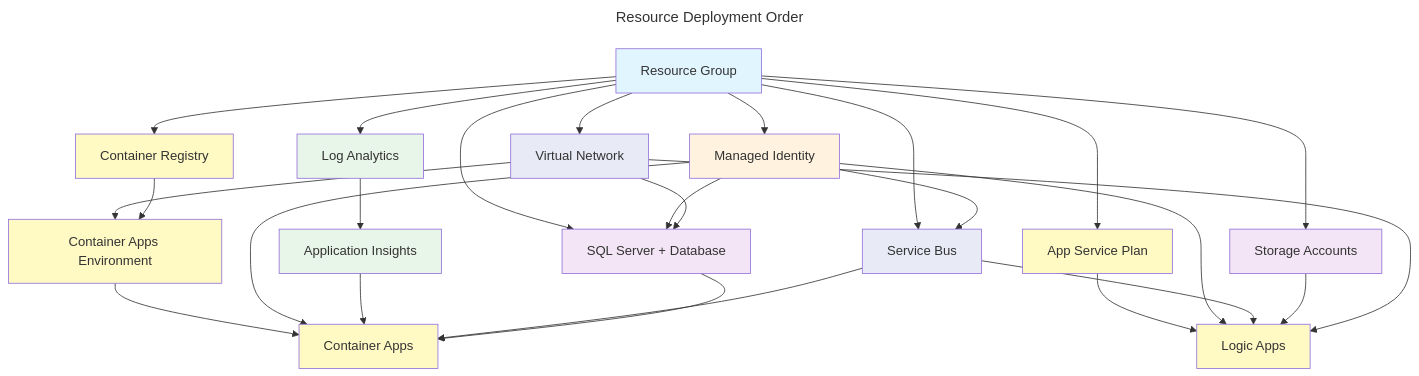
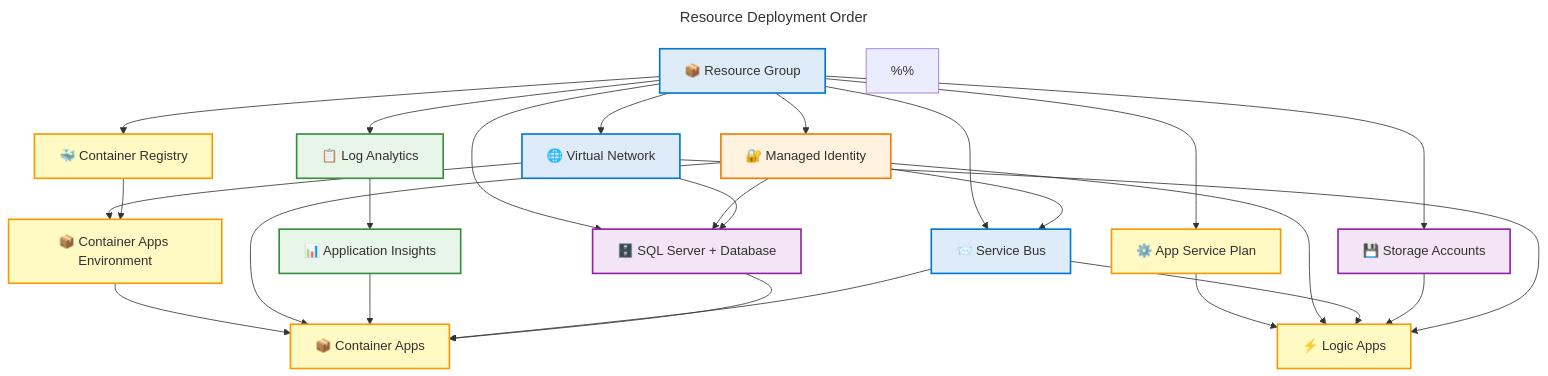
The third of 3 diagrams in README.md (Evilazaro/Azure-LogicApps-Monitoring), drawn with Mermaid before and after one commit. The commit also changed other lines of this file, not shown here.

Commit message:
docs: enhance architecture diagrams with improved descriptions and color coding for clarity and accessibility

````diff
--- a/README.md
+++ b/README.md
@@ -1565,58 +1600,71 @@
 ```mermaid
 ---
 title: "Resource Deployment Order"
 ---
 graph TB
-    RG[Resource Group]
-    Identity[Managed Identity]
-    LogAnalytics[Log Analytics]
-    AppInsights[Application Insights]
-    VNet[Virtual Network]
-    SQL[SQL Server + Database]
-    ServiceBus[Service Bus]
-    Storage[Storage Accounts]
-    ACR[Container Registry]
-    CAE[Container Apps Environment]
-    CA[Container Apps]
-    ASP[App Service Plan]
-    LogicApp[Logic Apps]
+    accTitle: Azure Resource Deployment Order
+    accDescr: Dependency diagram showing deployment sequence of Azure resources starting from Resource Group, then foundational resources like Managed Identity, Log Analytics, Virtual Network, followed by data services, messaging, container infrastructure, and finally application workloads including Container Apps and Logic Apps
+
+    RG["📦 Resource Group"]
+    Identity["🔐 Managed Identity"]
+    LogAnalytics["📋 Log Analytics"]
+    AppInsights["📊 Application Insights"]
+    VNet["🌐 Virtual Network"]
+    SQL["🗄️ SQL Server + Database"]
+    ServiceBus["📨 Service Bus"]
+    Storage["💾 Storage Accounts"]
+    ACR["🐳 Container Registry"]
+    CAE["📦 Container Apps Environment"]
+    CA["📦 Container Apps"]
+    ASP["⚙️ App Service Plan"]
+    LogicApp["⚡ Logic Apps"]
 
     RG --> Identity
     RG --> LogAnalytics
     LogAnalytics --> AppInsights
     RG --> VNet
     RG --> SQL
     Identity --> SQL
     VNet --> SQL
     RG --> ServiceBus
     Identity --> ServiceBus
     RG --> Storage
     RG --> ACR
     VNet --> CAE
     ACR --> CAE
     CAE --> CA
     Identity --> CA
     AppInsights --> CA
     ServiceBus --> CA
     SQL --> CA
     RG --> ASP
     ASP --> LogicApp
     Identity --> LogicApp
     ServiceBus --> LogicApp
     Storage --> LogicApp
     VNet --> LogicApp
 
-    style RG fill:#E1F5FE
-    style Identity fill:#FFF3E0
-    style LogAnalytics fill:#E8F5E9
-    style AppInsights fill:#E8F5E9
-    style VNet fill:#E8EAF6
-    style SQL fill:#F3E5F5
-    style ServiceBus fill:#E8EAF6
-    style Storage fill:#F3E5F5
-    style ACR fill:#FFF9C4
-    style CAE fill:#FFF9C4
-    style CA fill:#FFF9C4
-    style ASP fill:#FFF9C4
-    style LogicApp fill:#FFF9C4
+    style RG fill:#DEECF9,stroke:#0078D4,stroke-width:2px,color:#323130
+    style Identity fill:#FFF3E0,stroke:#F57C00,stroke-width:2px,color:#323130
+    style LogAnalytics fill:#E8F5E9,stroke:#388E3C,stroke-width:2px,color:#323130
+    style AppInsights fill:#E8F5E9,stroke:#388E3C,stroke-width:2px,color:#323130
+    style VNet fill:#DEECF9,stroke:#0078D4,stroke-width:2px,color:#323130
+    style SQL fill:#F3E5F5,stroke:#8E24AA,stroke-width:2px,color:#323130
+    style ServiceBus fill:#DEECF9,stroke:#0078D4,stroke-width:2px,color:#323130
+    style Storage fill:#F3E5F5,stroke:#8E24AA,stroke-width:2px,color:#323130
+    style ACR fill:#FFF9C4,stroke:#F59B00,stroke-width:2px,color:#323130
+    style CAE fill:#FFF9C4,stroke:#F59B00,stroke-width:2px,color:#323130
+    style CA fill:#FFF9C4,stroke:#F59B00,stroke-width:2px,color:#323130
+    style ASP fill:#FFF9C4,stroke:#F59B00,stroke-width:2px,color:#323130
+    style LogicApp fill:#FFF9C4,stroke:#F59B00,stroke-width:2px,color:#323130
+
+    %% Color Palette Documentation
+    %% azureBlue (#DEECF9): Foundation resources (Resource Group, VNet, Service Bus)
+    %% azureOrange (#FFF3E0): Identity and security
+    %% azureGreen (#E8F5E9): Monitoring and observability
+    %% azurePurple (#F3E5F5): Data storage resources
+    %% azureYellow (#FFF9C4): Application hosting (Container Apps, Logic Apps)
+    %%
+    %% Accessibility: WCAG AA compliant (4.5:1 contrast ratio)
+    %% Icons: Semantic emojis for resource type identification
 ```
````
